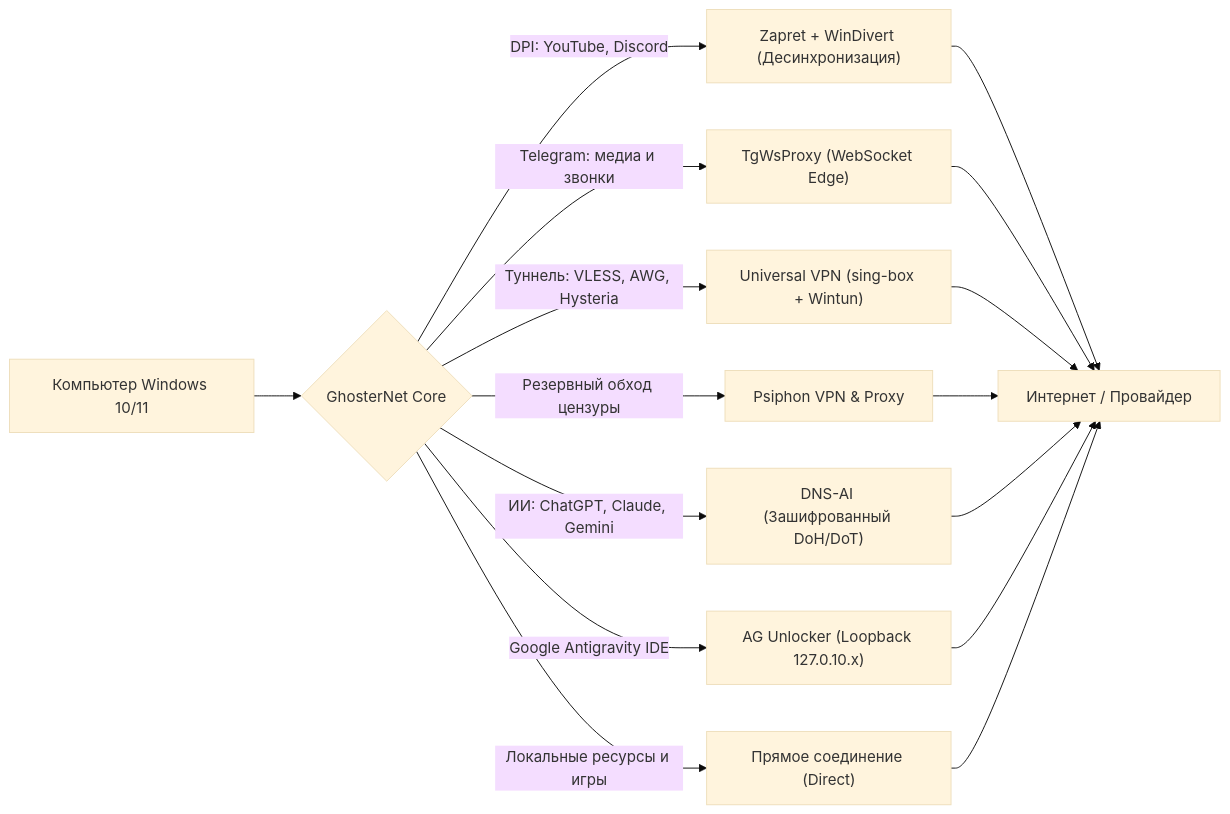
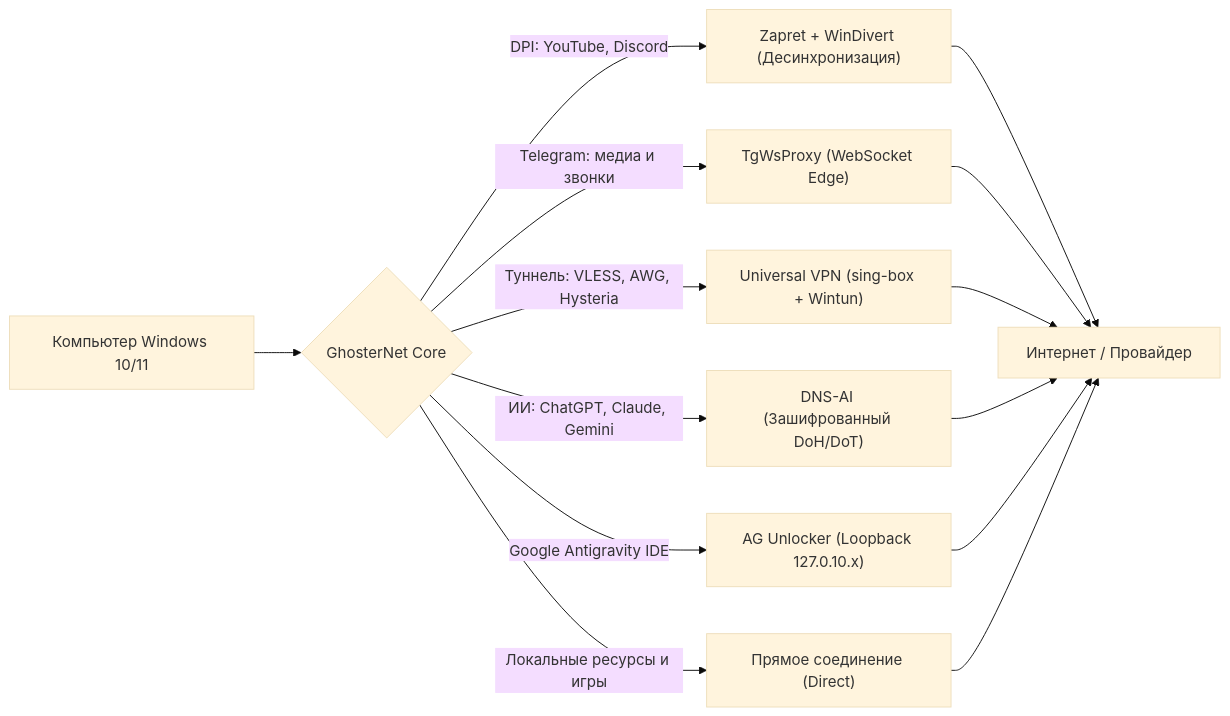
One commit to GhosterAI/GhosterNetApp changed the first of 3 diagrams in README.md. Above: the diagram before and after it, drawn with Mermaid (base theme). The commit also changed other lines of this file and 68 other files, not shown here.

Commit message:
v3.1.0: Полное удаление Psiphon VPN, обновление всех 4 движков (Zapret 1.10.4, TgWsProxy 1.11.2, DNS-AI 1.1.0, Antigravity 2.24.0.1) и стабильный Gemini

````diff
--- a/README.md
+++ b/README.md
@@ -70,19 +71,17 @@
 ```mermaid
 flowchart LR
     A["Компьютер Windows 10/11"] --> B{"GhosterNet Core"}
     B -->|"DPI: YouTube, Discord"| C["Zapret + WinDivert (Десинхронизация)"]
     B -->|"Telegram: медиа и звонки"| D["TgWsProxy (WebSocket Edge)"]
     B -->|"Туннель: VLESS, AWG, Hysteria"| E["Universal VPN (sing-box + Wintun)"]
-    B -->|"Резервный обход цензуры"| F["Psiphon VPN & Proxy"]
     B -->|"ИИ: ChatGPT, Claude, Gemini"| G["DNS-AI (Зашифрованный DoH/DoT)"]
     B -->|"Google Antigravity IDE"| H["AG Unlocker (Loopback 127.0.10.x)"]
     B -->|"Локальные ресурсы и игры"| I["Прямое соединение (Direct)"]
 
     C --> OUT["Интернет / Провайдер"]
     D --> OUT
     E --> OUT
-    F --> OUT
     G --> OUT
     H --> OUT
     I --> OUT
 ```
````
